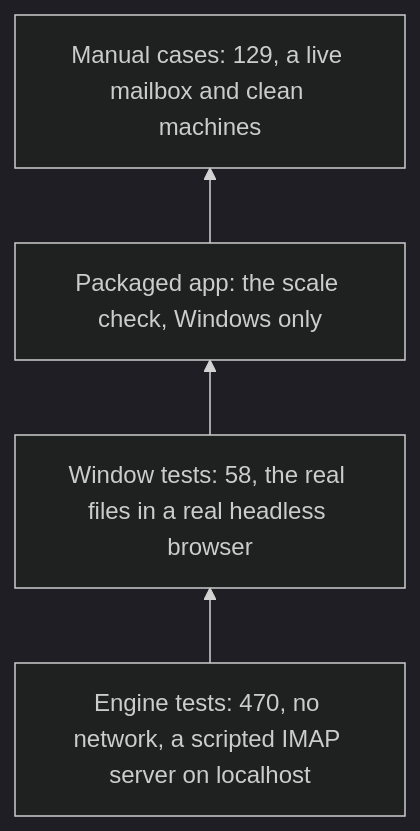
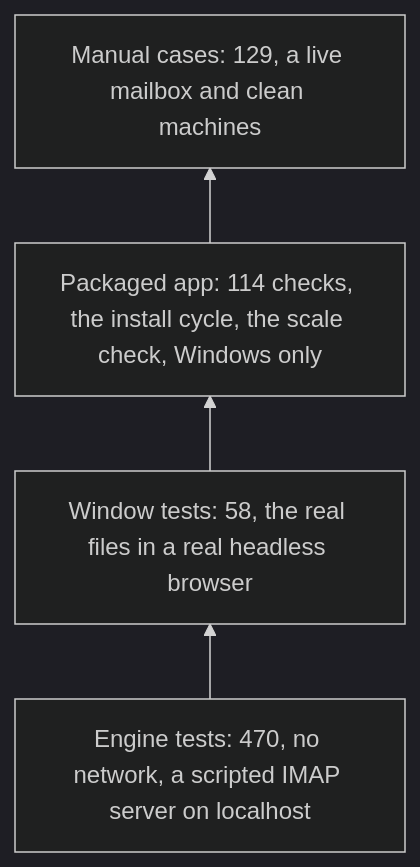
Before and after one commit to SarangVehale/email-todolist: the first of 2 diagrams in docs/testing/strategy.md, drawn with Mermaid (dark theme). The commit also changed other lines of this file and 8 other files, not shown here.

````diff
--- a/docs/testing/strategy.md
+++ b/docs/testing/strategy.md
@@ -24,6 +24,6 @@
 ```mermaid
 flowchart BT
     E["Engine tests: 470, no network, a scripted IMAP server on localhost"] --> W["Window tests: 58, the real files in a real headless browser"]
-    W --> P["Packaged app: the scale check, Windows only"]
+    W --> P["Packaged app: 114 checks, the install cycle, the scale check, Windows only"]
     P --> M["Manual cases: 129, a live mailbox and clean machines"]
 ```
````
